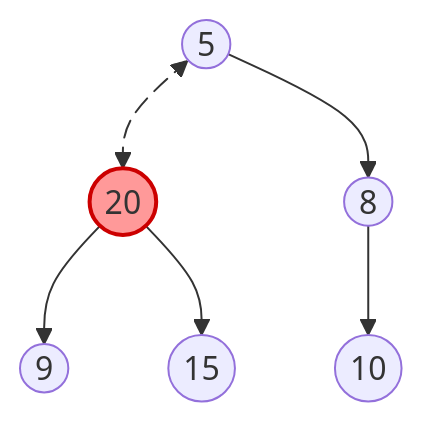
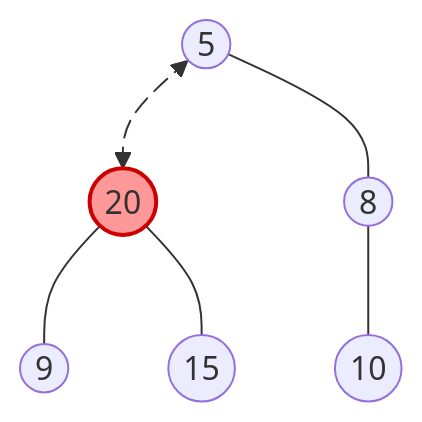
The tenth of 17 diagrams in lectures/lect-11-Heap.md (ruslylove/datastruct), drawn with Mermaid before and after one commit. The commit also changed other lines of this file, not shown here.

Commit message:
update diagram and bottom-up heap theorem.

````diff
--- a/lectures/lect-11-Heap.md
+++ b/lectures/lect-11-Heap.md
@@ -340,10 +340,10 @@
 ```mermaid 
 graph TD
     A((5)) e1@<--> B((20))
-    A --> C((8))
-    B --> D((9))
-    B --> E((15))
-    C --> F((10))
+    A --- C((8))
+    B --- D((9))
+    B --- E((15))
+    C --- F((10))
     style B fill:#f99,stroke:#c00,stroke-width:2px
     e1@{ animate : true }
 ```
````
